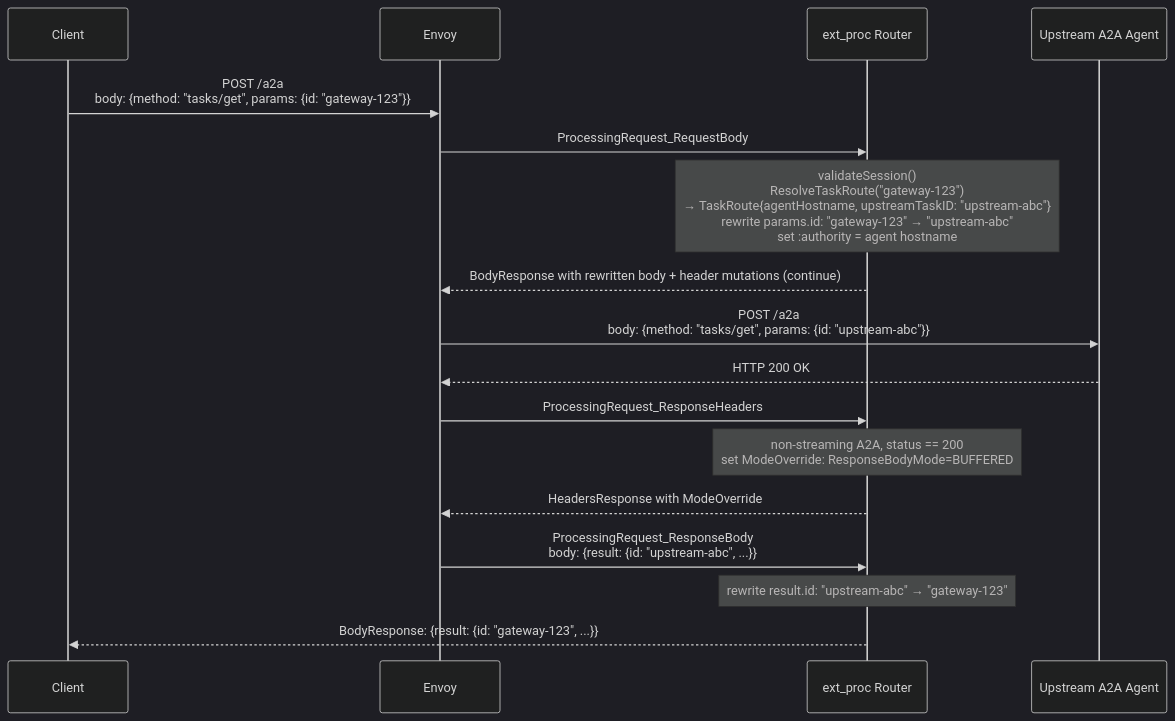
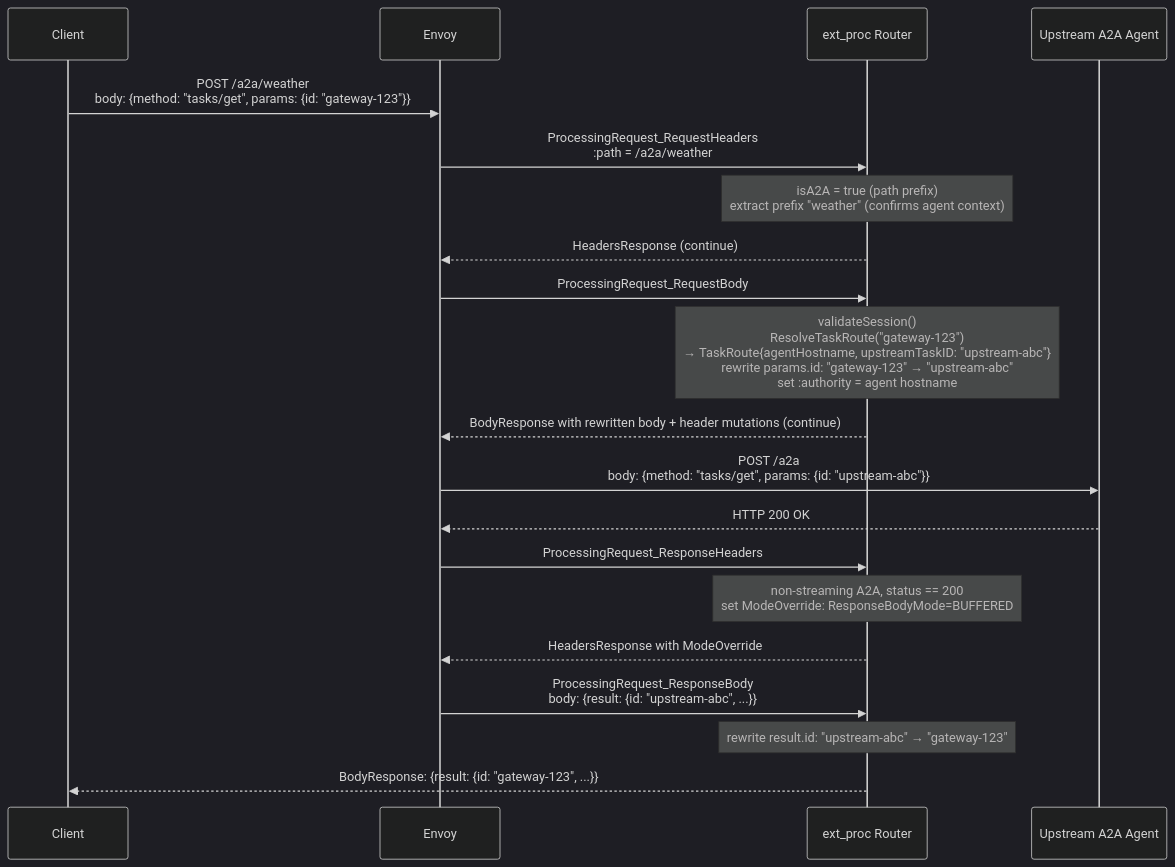
Before and after one commit to Aman-Cool/mcp-gateway: the fourth of 5 diagrams in docs/design/a2a/a2a-design.md, drawn with Mermaid (dark theme). The commit also changed other lines of this file and 2 other files, not shown here.

First line of the commit message:
docs: revise A2A design to path-per-agent routing and RFC 9264 discovery

````diff
--- a/docs/design/a2a/a2a-design.md
+++ b/docs/design/a2a/a2a-design.md
@@ -185,20 +188,23 @@
 ```mermaid
 sequenceDiagram
     participant Client
     participant Envoy
     participant Router as ext_proc Router
     participant Upstream as Upstream A2A Agent
 
-    Client->>Envoy: POST /a2a<br/>body: {method: "tasks/get", params: {id: "gateway-123"}}
+    Client->>Envoy: POST /a2a/weather<br/>body: {method: "tasks/get", params: {id: "gateway-123"}}
+    Envoy->>Router: ProcessingRequest_RequestHeaders<br/>:path = /a2a/weather
+    Note over Router: isA2A = true (path prefix)<br/>extract prefix "weather" (confirms agent context)
+    Router-->>Envoy: HeadersResponse (continue)
     Envoy->>Router: ProcessingRequest_RequestBody
     Note over Router: validateSession()<br/>ResolveTaskRoute("gateway-123")<br/>→ TaskRoute{agentHostname, upstreamTaskID: "upstream-abc"}<br/>rewrite params.id: "gateway-123" → "upstream-abc"<br/>set :authority = agent hostname
     Router-->>Envoy: BodyResponse with rewritten body + header mutations (continue)
     Envoy->>Upstream: POST /a2a<br/>body: {method: "tasks/get", params: {id: "upstream-abc"}}
     Upstream-->>Envoy: HTTP 200 OK
     Envoy->>Router: ProcessingRequest_ResponseHeaders
     Note over Router: non-streaming A2A, status == 200<br/>set ModeOverride: ResponseBodyMode=BUFFERED
     Router-->>Envoy: HeadersResponse with ModeOverride
     Envoy->>Router: ProcessingRequest_ResponseBody<br/>body: {result: {id: "upstream-abc", ...}}
     Note over Router: rewrite result.id: "upstream-abc" → "gateway-123"
     Router-->>Client: BodyResponse: {result: {id: "gateway-123", ...}}
 ```
````
